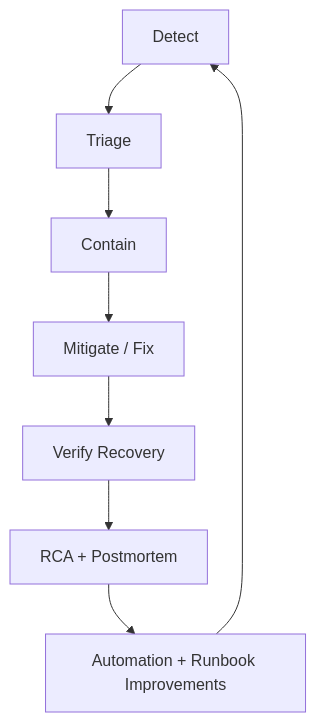
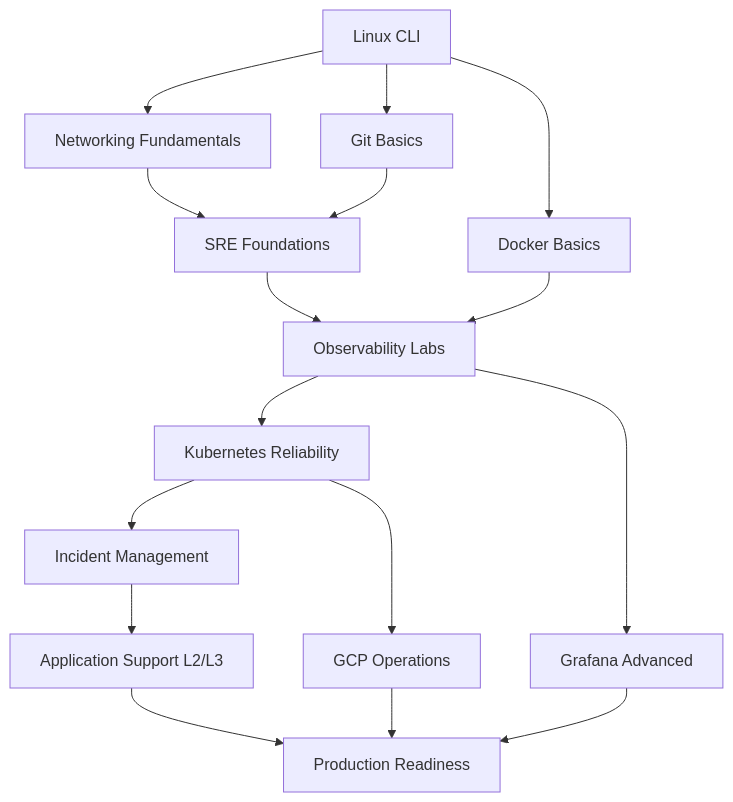
One commit to ShasidharReddy/Site-Reliability-Engineer changed the second of 3 diagrams in 10-learning-paths/README.md. Above: the diagram before and after it, drawn with Mermaid. The commit also changed other lines of this file and 89 other files, not shown here.

````diff
--- a/10-learning-paths/README.md
+++ b/10-learning-paths/README.md
@@ -60,10 +583,18 @@
 ```mermaid
 flowchart TD
-  DETECT[Detect] --> TRIAGE[Triage]
-  TRIAGE --> CONTAIN[Contain]
-  CONTAIN --> FIX[Mitigate / Fix]
-  FIX --> VERIFY[Verify Recovery]
-  VERIFY --> RCA[RCA + Postmortem]
-  RCA --> IMPROVE[Automation + Runbook Improvements]
-  IMPROVE --> DETECT
+  A[Linux CLI] --> B[Networking Fundamentals]
+  A --> C[Git Basics]
+  A --> D[Docker Basics]
+  B --> E[SRE Foundations]
+  C --> E
+  D --> F[Observability Labs]
+  E --> F
+  F --> G[Kubernetes Reliability]
+  G --> H[Incident Management]
+  G --> I[GCP Operations]
+  F --> J[Grafana Advanced]
+  H --> K[Application Support L2/L3]
+  I --> L[Production Readiness]
+  J --> L
+  K --> L
 ```
````
